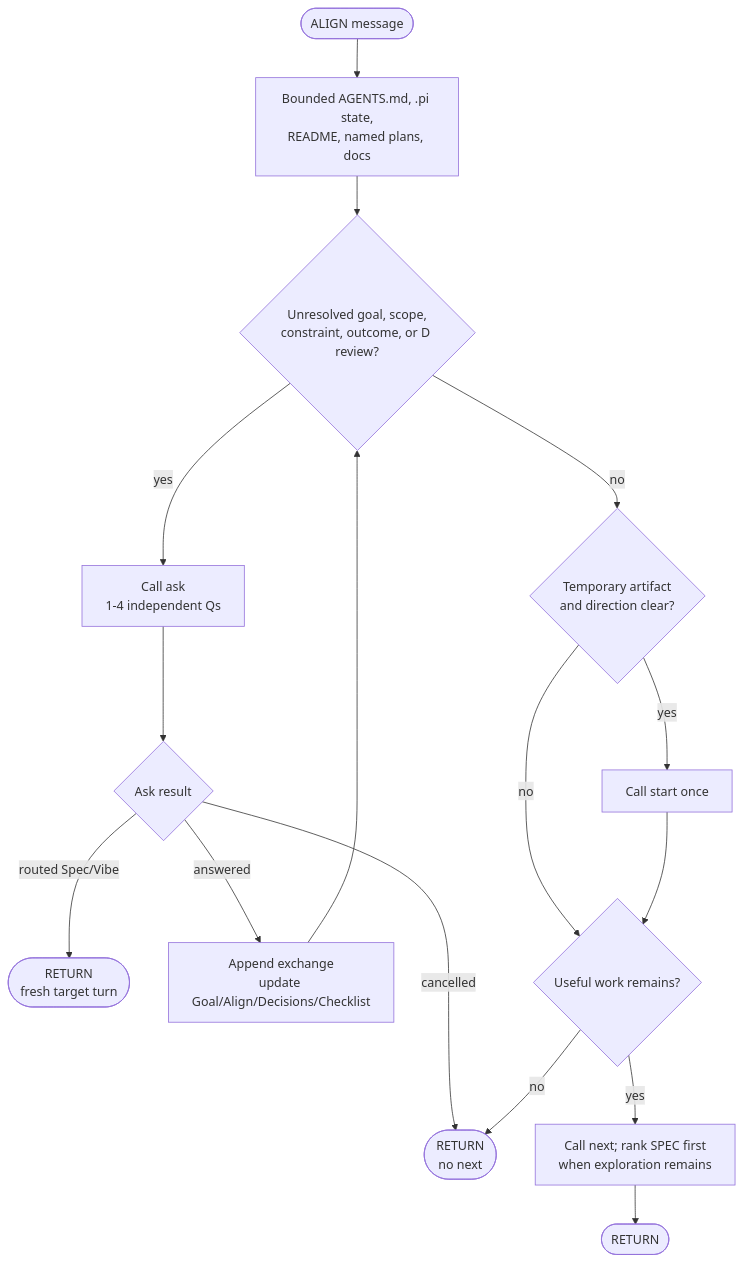
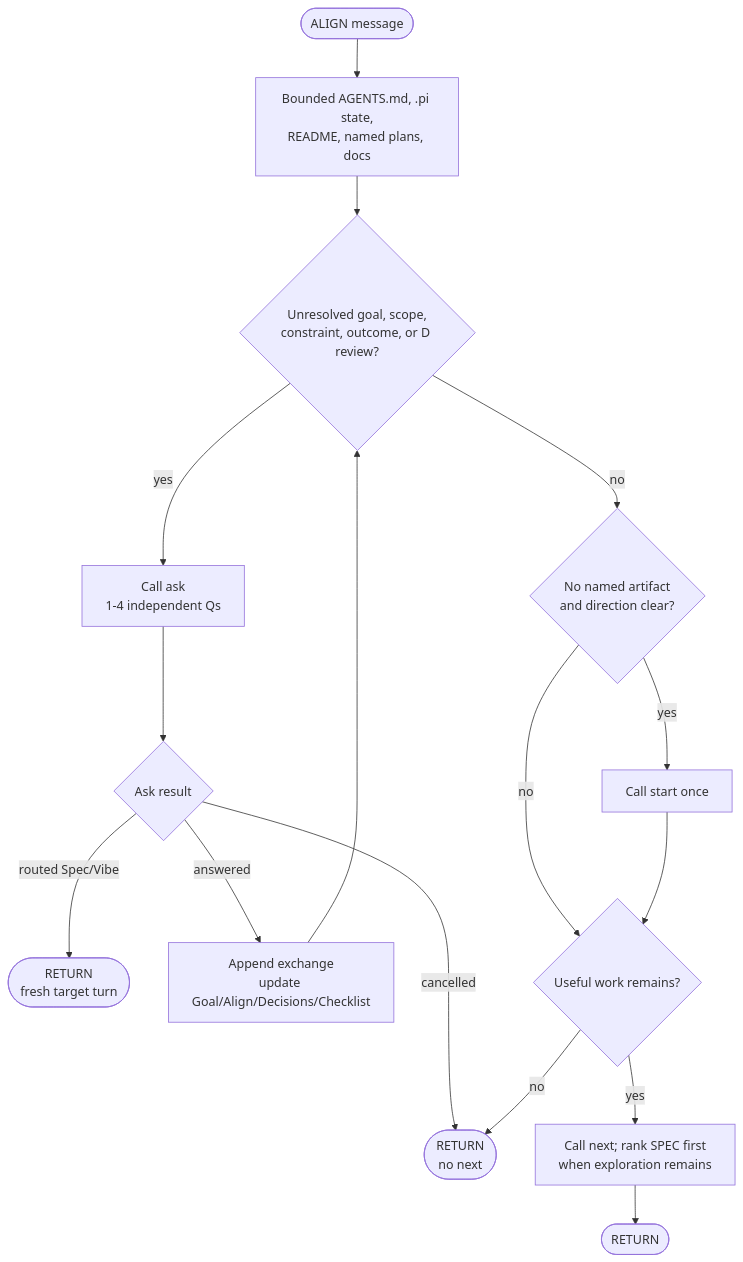
Before and after one commit to dhumdil-apps/pi-director: the fourth of 12 diagrams in docs/AGENT-WORKFLOW-DIAGRAMS.md, drawn with Mermaid. The commit also changed other lines of this file and 12 other files, not shown here.

````diff
--- a/docs/AGENT-WORKFLOW-DIAGRAMS.md
+++ b/docs/AGENT-WORKFLOW-DIAGRAMS.md
@@ -96,18 +98,18 @@
 ```mermaid
 flowchart TD
     Enter([ALIGN message]) --> Orient[Bounded AGENTS.md, .pi state,<br/>README, named plans, docs]
     Orient --> Unresolved{Unresolved goal, scope,<br/>constraint, outcome, or D review?}
     Unresolved -- yes --> Ask[Call ask<br/>1-4 independent Qs]
     Ask --> Result{Ask result}
     Result -- cancelled --> Stop([RETURN<br/>no next])
     Result -- routed Spec/Vibe --> Settle([RETURN<br/>fresh target turn])
     Result -- answered --> Synthesize[Append exchange<br/>update Goal/Align/Decisions/Checklist]
     Synthesize --> Unresolved
-    Unresolved -- no --> Named{Temporary artifact<br/>and direction clear?}
+    Unresolved -- no --> Named{No named artifact<br/>and direction clear?}
     Named -- yes --> Start[Call start once]
     Named -- no --> Useful
     Start --> Useful{Useful work remains?}
-    Useful -- yes --> Next[Call next; rank SPEC first<br/>when exploration remains]
+    Useful -- yes --> Next["Call next; rank SPEC first<br/>when exploration remains"]
     Useful -- no --> Stop
     Next --> Done([RETURN])
 ```
````
